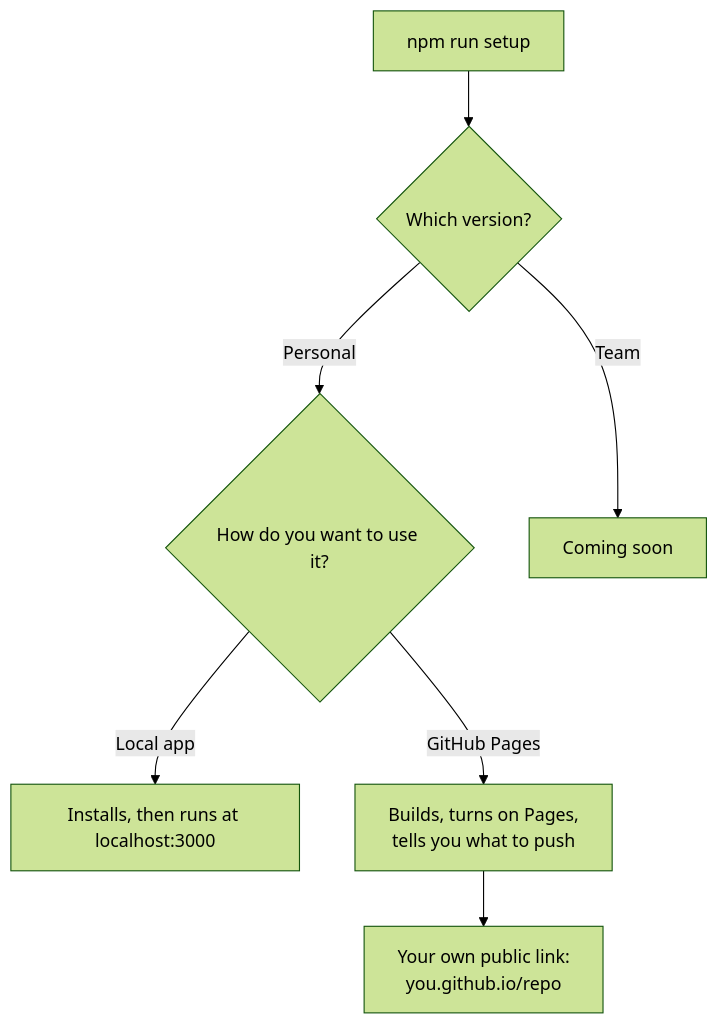
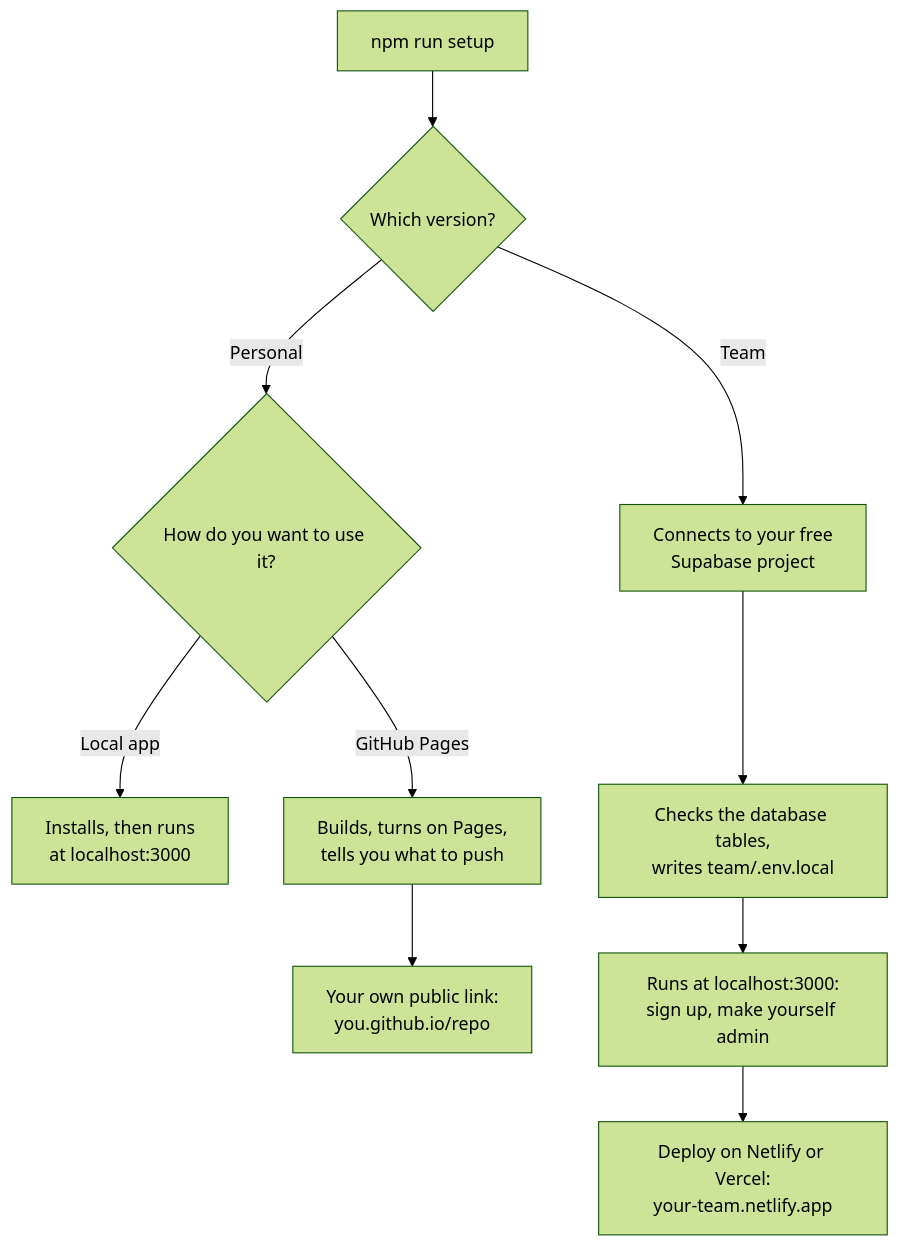
The fourth of 6 diagrams in README.md (enlear/linkedin-analytics-tracker), drawn with Mermaid (forest theme) before and after one commit. The commit also changed other lines of this file and 5 other files, not shown here.

````diff
--- a/README.md
+++ b/README.md
@@ -82,9 +168,12 @@
 ```mermaid
 flowchart TD
     S["npm run setup"] --> V{"Which version?"}
     V -->|Personal| W{"How do you want to use it?"}
-    V -->|Team| T["Coming soon"]
-    W -->|Local app| L["Installs, then runs at localhost:3000"]
+    W -->|Local app| L["Installs, then runs<br/>at localhost:3000"]
     W -->|GitHub Pages| G["Builds, turns on Pages,<br/>tells you what to push"]
     G --> U["Your own public link:<br/>you.github.io/repo"]
+    V -->|Team| T["Connects to your free<br/>Supabase project"]
+    T --> D["Checks the database tables,<br/>writes team/.env.local"]
+    D --> R["Runs at localhost:3000:<br/>sign up, make yourself admin"]
+    R --> H["Deploy on Netlify or Vercel:<br/>your-team.netlify.app"]
 ```
````
